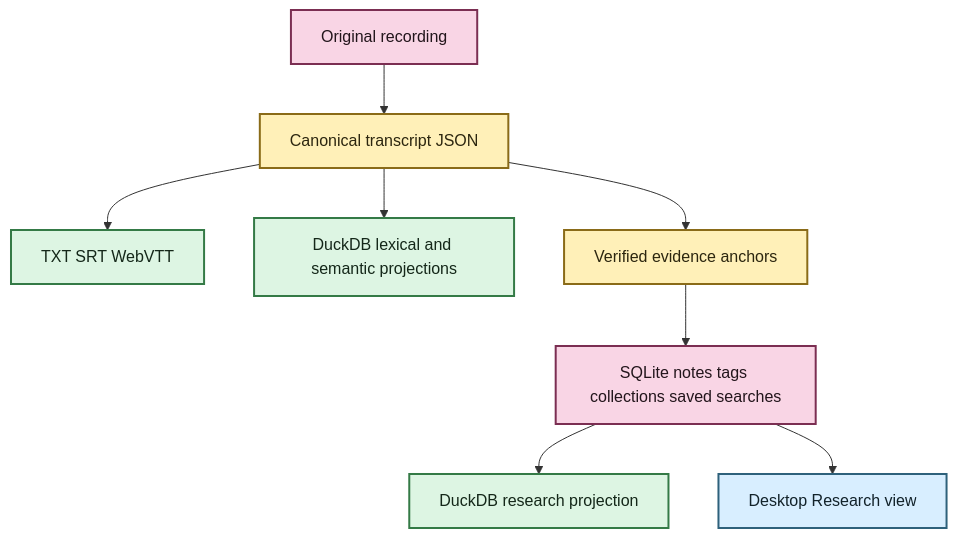
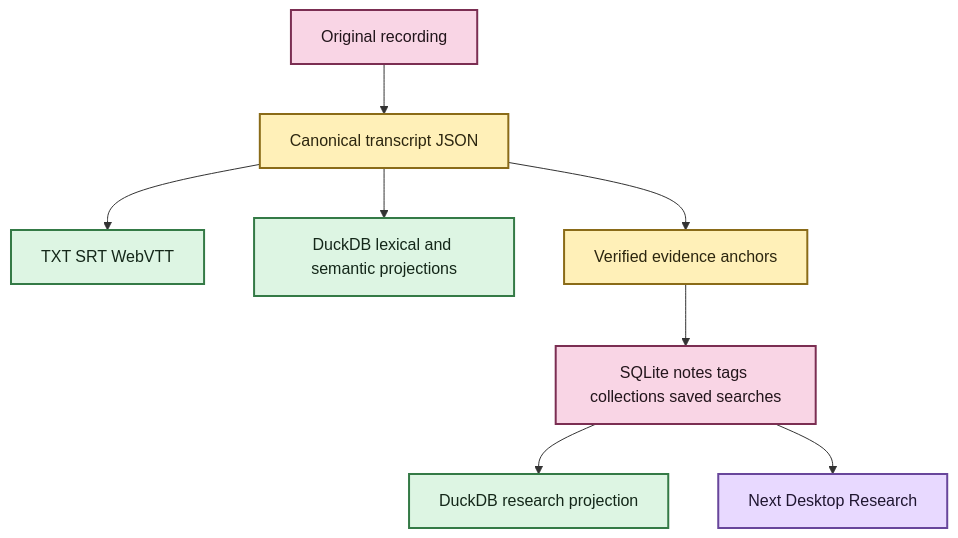
One commit to SSD1805/EchoFlow changed the second of 2 diagrams in docs/getting-started.md. Above: the diagram before and after it, drawn with Mermaid. The commit also changed other lines of this file, not shown here.

Commit message:
docs: align getting started with current desktop state

````diff
--- a/docs/getting-started.md
+++ b/docs/getting-started.md
@@ -337,20 +225,20 @@
 ```mermaid
 flowchart TD
     A[Original recording] --> B[Canonical transcript JSON]
     B --> C[TXT SRT WebVTT]
     B --> D[DuckDB lexical and semantic projections]
     B --> E[Verified evidence anchors]
     E --> F[SQLite notes tags collections saved searches]
     F --> G[DuckDB research projection]
-    F --> H[Desktop Research view]
+    F --> H[Next Desktop Research]
 
     classDef source fill:#F9D5E5,stroke:#7B2E52,stroke-width:2px,color:#22151B
     classDef evidence fill:#FFF0B8,stroke:#8A6B18,stroke-width:2px,color:#2C260F
     classDef view fill:#DDF5E3,stroke:#347A46,stroke-width:2px,color:#142719
-    classDef inspect fill:#D8EEFF,stroke:#2E617B,stroke-width:2px,color:#12222A
+    classDef process fill:#E8D9FF,stroke:#68469B,stroke-width:2px,color:#1F1630
 
     class A,F source
     class B,E evidence
     class C,D,G view
-    class H inspect
+    class H process
 ```
````
